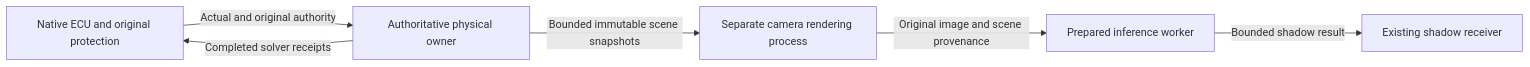
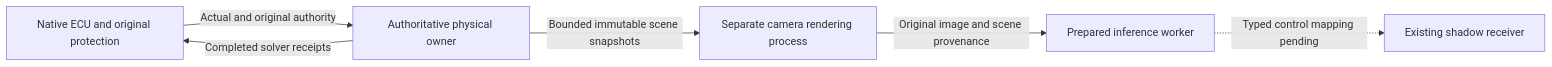
Before and after one commit to shinjuyeop/StrataDrive: the diagram in docs/interfaces/perception-render-isolation-v1.md, drawn with Mermaid. The commit also changed other lines of this file and 164 other files, not shown here.

````diff
--- a/docs/interfaces/perception-render-isolation-v1.md
+++ b/docs/interfaces/perception-render-isolation-v1.md
@@ -26,8 +47,8 @@
 ```mermaid
 flowchart LR
     ECU[Native ECU and original protection] -->|Actual and original authority| P[Authoritative physical owner]
     P -->|Completed solver receipts| ECU
     P -->|Bounded immutable scene snapshots| R[Separate camera rendering process]
     R -->|Original image and scene provenance| I[Prepared inference worker]
-    I -->|Bounded shadow result| S[Existing shadow receiver]
+    I -.->|Typed control mapping pending| S[Existing shadow receiver]
 ```
````
